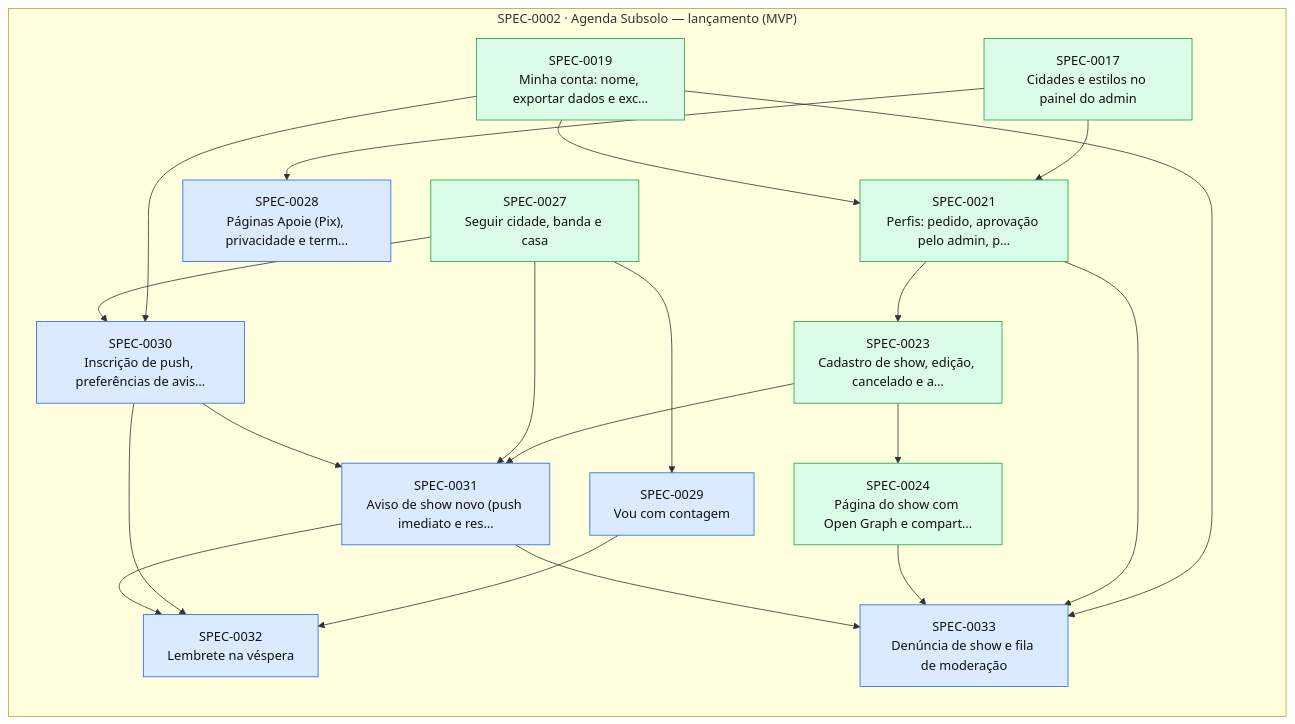
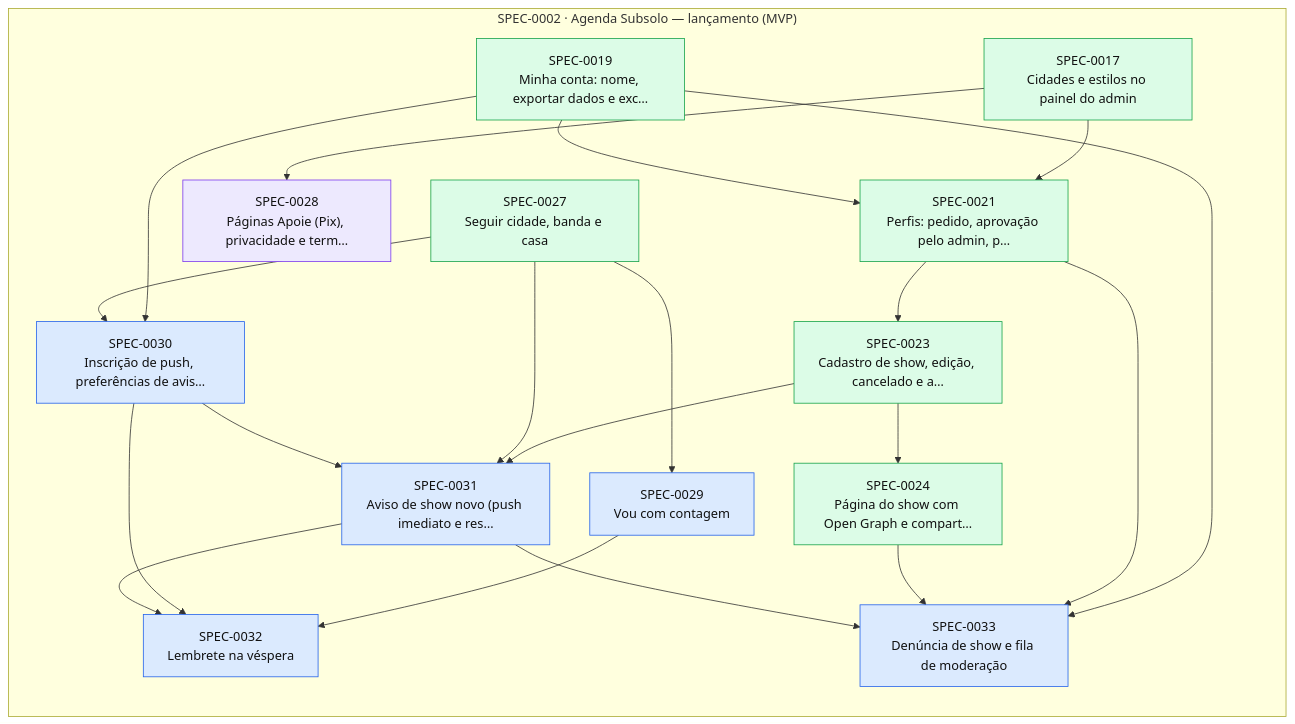
The diagram in docs/specs/INDEX.md (thomasravache/subsolo), drawn with Mermaid before and after one commit. The commit also changed other lines of this file and 1 other file, not shown here.

First line of the commit message:
docs(sdd): start SPEC-0028

````diff
--- a/docs/specs/INDEX.md
+++ b/docs/specs/INDEX.md
@@ -71,40 +71,40 @@
 ```mermaid
 flowchart LR
   subgraph E0002["SPEC-0002 · Agenda Subsolo — lançamento (MVP)"]
     S0017["SPEC-0017<br/>Cidades e estilos no painel do admin"]:::implemented
     S0019["SPEC-0019<br/>Minha conta: nome, exportar dados e exc…"]:::implemented
     S0021["SPEC-0021<br/>Perfis: pedido, aprovação pelo admin, p…"]:::implemented
     S0023["SPEC-0023<br/>Cadastro de show, edição, cancelado e a…"]:::implemented
     S0024["SPEC-0024<br/>Página do show com Open Graph e compart…"]:::implemented
     S0027["SPEC-0027<br/>Seguir cidade, banda e casa"]:::implemented
-    S0028["SPEC-0028<br/>Páginas Apoie (Pix), privacidade e term…"]:::approved
+    S0028["SPEC-0028<br/>Páginas Apoie (Pix), privacidade e term…"]:::inprogress
     S0029["SPEC-0029<br/>Vou com contagem"]:::approved
     S0030["SPEC-0030<br/>Inscrição de push, preferências de avis…"]:::approved
     S0031["SPEC-0031<br/>Aviso de show novo (push imediato e res…"]:::approved
     S0032["SPEC-0032<br/>Lembrete na véspera"]:::approved
     S0033["SPEC-0033<br/>Denúncia de show e fila de moderação"]:::approved
   end
   S0017 --> S0021
   S0019 --> S0021
   S0021 --> S0023
   S0023 --> S0024
   S0017 --> S0028
   S0027 --> S0029
   S0019 --> S0030
   S0027 --> S0030
   S0023 --> S0031
   S0027 --> S0031
   S0030 --> S0031
   S0029 --> S0032
   S0030 --> S0032
   S0031 --> S0032
   S0019 --> S0033
   S0021 --> S0033
   S0024 --> S0033
   S0031 --> S0033
   classDef proposed fill:#fef3c7,stroke:#d97706,color:#111
   classDef approved fill:#dbeafe,stroke:#2563eb,color:#111
   classDef inprogress fill:#ede9fe,stroke:#7c3aed,color:#111
   classDef implemented fill:#dcfce7,stroke:#16a34a,color:#111
   classDef deprecated fill:#f3f4f6,stroke:#9ca3af,color:#6b7280
 ```
````
